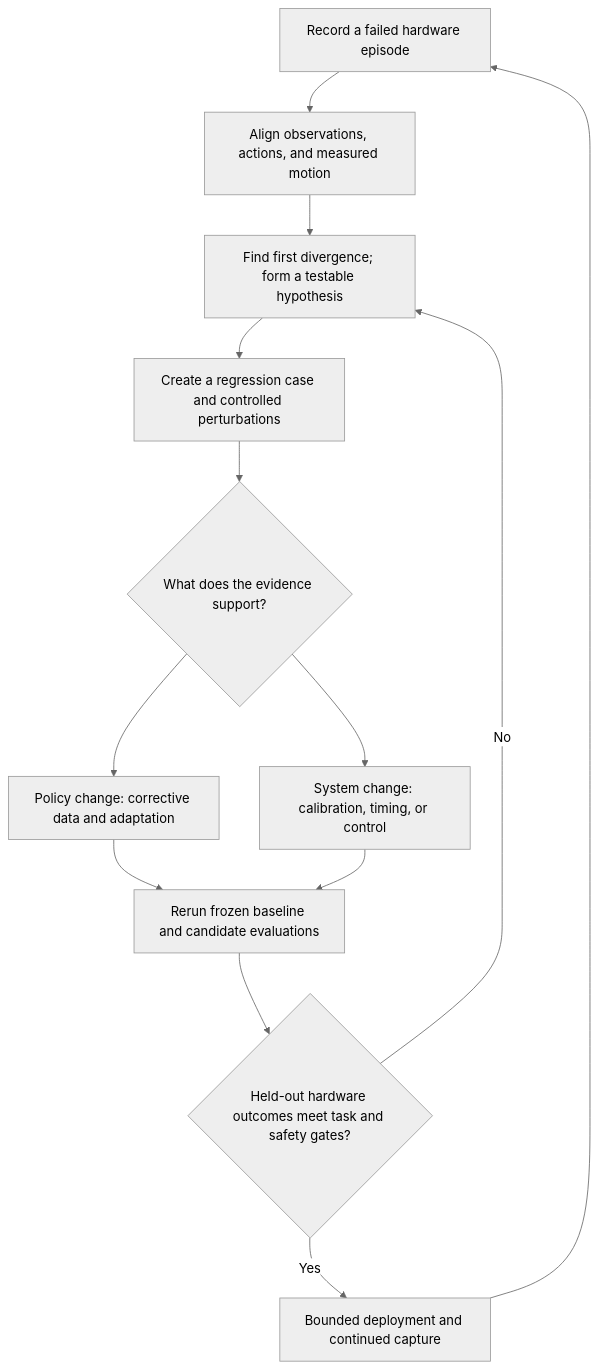
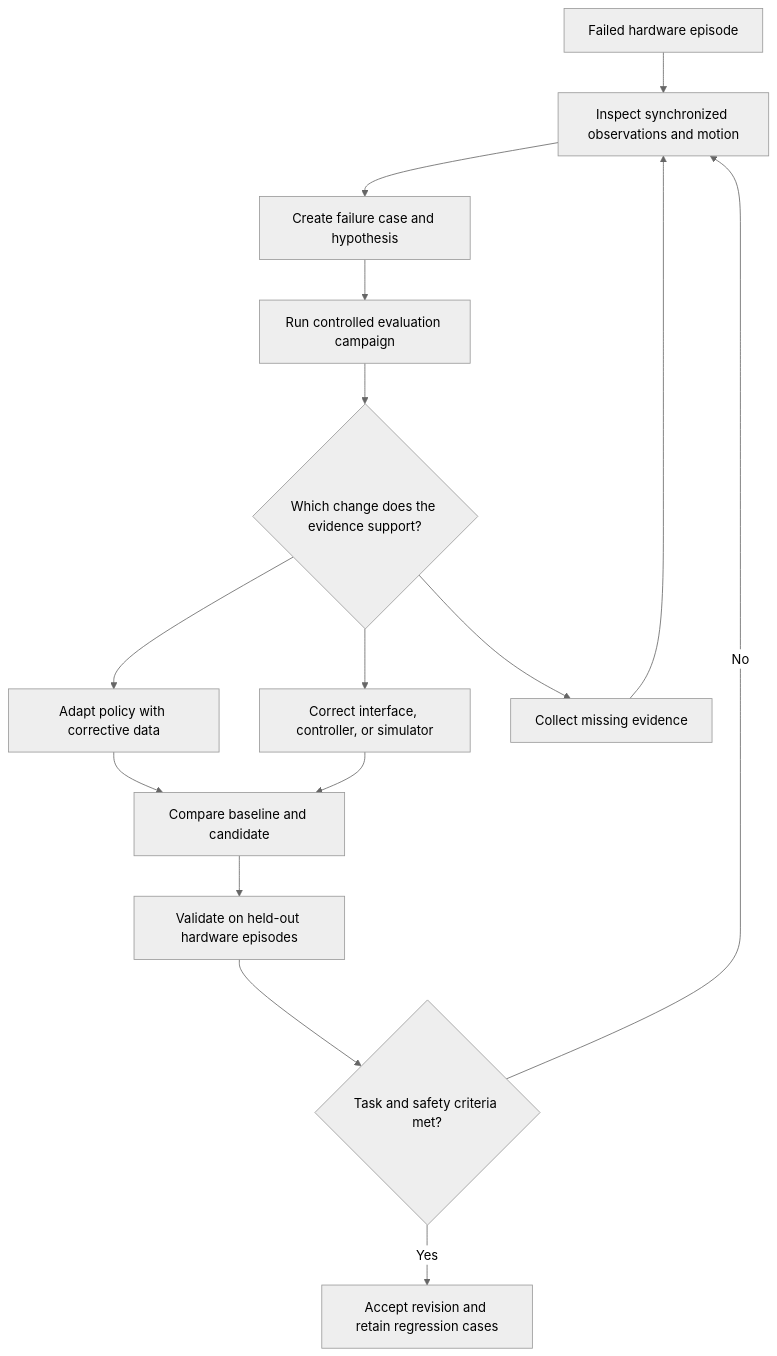
One commit to niksacdev/rove changed the first of 2 diagrams in docs/sim-to-real-evaluation.md. Above: the diagram before and after it, drawn with Mermaid (neutral theme). The commit also changed other lines of this file, not shown here.

Commit message:
docs: define sim-to-real evaluation workflow and system design (#39)

````diff
--- a/docs/sim-to-real-evaluation.md
+++ b/docs/sim-to-real-evaluation.md
@@ -24,22 +15,17 @@
 ```mermaid
 flowchart TD
-    A["Record a failed hardware episode"]
-    B["Align observations, actions, and measured motion"]
-    C["Find first divergence; form a testable hypothesis"]
-    D["Create a regression case and controlled perturbations"]
-    E{"What does the evidence support?"}
-    F["Policy change: corrective data and adaptation"]
-    G["System change: calibration, timing, or control"]
-    H["Rerun frozen baseline and candidate evaluations"]
-    I{"Held-out hardware outcomes meet task and safety gates?"}
-    J["Bounded deployment and continued capture"]
-    A --> B --> C --> D --> E
-    E --> F
-    E --> G
-    F --> H
-    G --> H
-    H --> I
-    I -->|Yes| J
-    I -->|No| C
-    J --> A
+    A["Failed hardware episode"] --> B["Inspect synchronized observations and motion"]
+    B --> C["Create failure case and hypothesis"]
+    C --> D["Run controlled evaluation campaign"]
+    D --> E{"Which change does the evidence support?"}
+    E --> F["Adapt policy with corrective data"]
+    E --> G["Correct interface, controller, or simulator"]
+    E --> H["Collect missing evidence"]
+    H --> B
+    F --> I["Compare baseline and candidate"]
+    G --> I
+    I --> J["Validate on held-out hardware episodes"]
+    J --> K{"Task and safety criteria met?"}
+    K -->|Yes| L["Accept revision and retain regression cases"]
+    K -->|No| B
 ```
````
